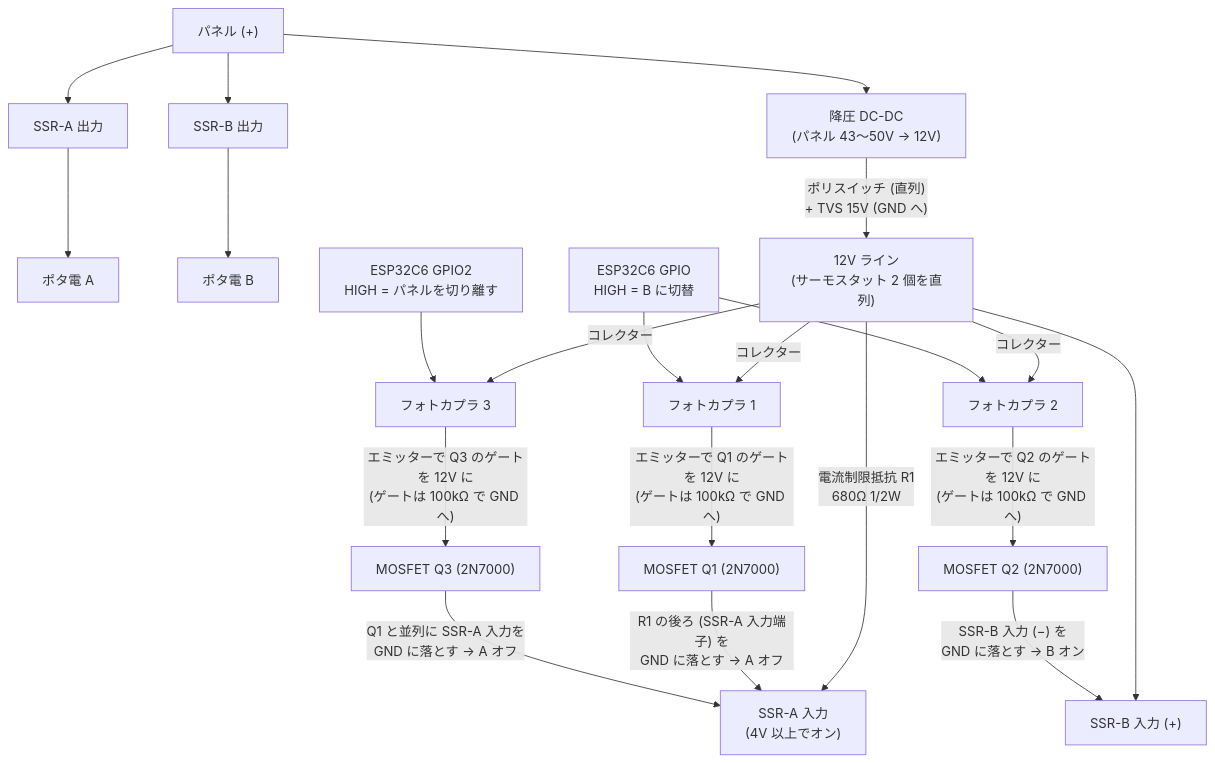
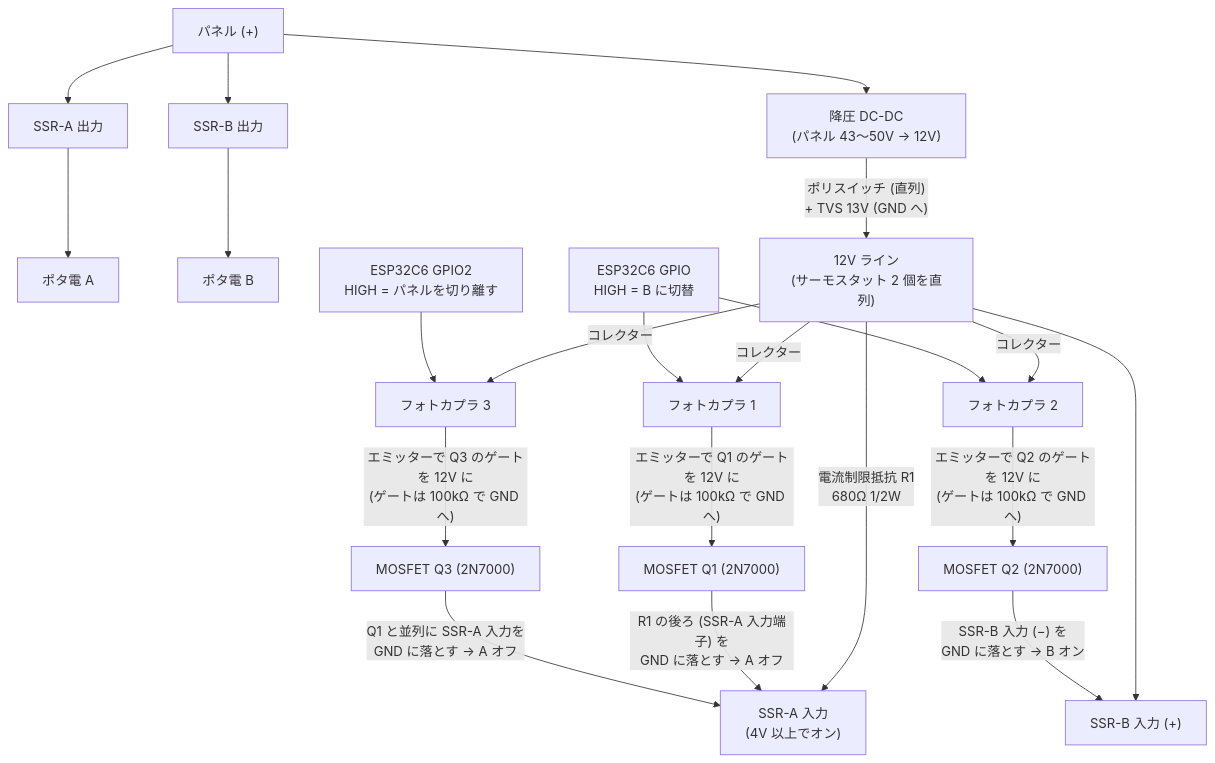
One commit to junkei-okinawa/FarmVerse changed the second of 2 diagrams in docs/3_PowerSystem/01_電源システム設計.md. Above: the diagram before and after it, drawn with Mermaid. The commit also changed other lines of this file, not shown here.

First line of the commit message:
docs(power): fix XT60 orientation, TVS rating, cut-off lease and solar-surplus check

````diff
--- a/docs/3_PowerSystem/01_電源システム設計.md
+++ b/docs/3_PowerSystem/01_電源システム設計.md
@@ -98,18 +99,18 @@
 ```mermaid
 flowchart TB
     PV["パネル (+)"] --> SSRA_OUT["SSR-A 出力"] --> A["ポタ電 A"]
     PV --> SSRB_OUT["SSR-B 出力"] --> B["ポタ電 B"]
     PV --> BUCK["降圧 DC-DC<br/>(パネル 43〜50V → 12V)"]
-    BUCK -- "ポリスイッチ (直列)<br/>+ TVS 15V (GND へ)" --> V12["12V ライン<br/>(サーモスタット 2 個を直列)"]
+    BUCK -- "ポリスイッチ (直列)<br/>+ TVS 13V (GND へ)" --> V12["12V ライン<br/>(サーモスタット 2 個を直列)"]
     V12 -- "電流制限抵抗 R1<br/>680Ω 1/2W" --> SSRA_IN["SSR-A 入力<br/>(4V 以上でオン)"]
     V12 --> SSRB_IN["SSR-B 入力 (+)"]
     V12 -- "コレクター" --> PC1
     V12 -- "コレクター" --> PC2
     GPIO["ESP32C6 GPIO<br/>HIGH = B に切替"] --> PC1["フォトカプラ 1"] -- "エミッターで Q1 のゲートを 12V に<br/>(ゲートは 100kΩ で GND へ)" --> Q1["MOSFET Q1 (2N7000)"]
     Q1 -- "R1 の後ろ (SSR-A 入力端子) を<br/>GND に落とす → A オフ" --> SSRA_IN
     GPIO --> PC2["フォトカプラ 2"] -- "エミッターで Q2 のゲートを 12V に<br/>(ゲートは 100kΩ で GND へ)" --> Q2["MOSFET Q2 (2N7000)"]
     Q2 -- "SSR-B 入力 (−) を<br/>GND に落とす → B オン" --> SSRB_IN
     V12 -- "コレクター" --> PC3
     GPIO2["ESP32C6 GPIO2<br/>HIGH = パネルを切り離す"] --> PC3["フォトカプラ 3"] -- "エミッターで Q3 のゲートを 12V に<br/>(ゲートは 100kΩ で GND へ)" --> Q3["MOSFET Q3 (2N7000)"]
     Q3 -- "Q1 と並列に SSR-A 入力を<br/>GND に落とす → A オフ" --> SSRA_IN
 ```
````
